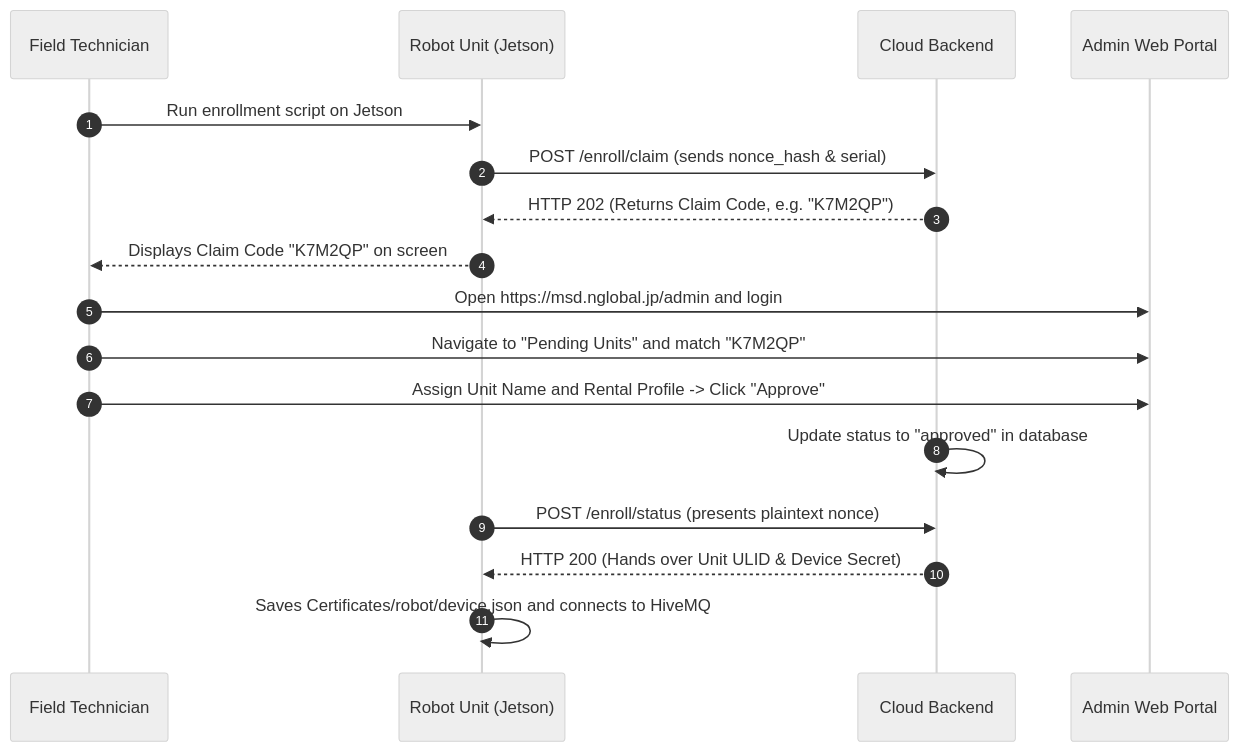
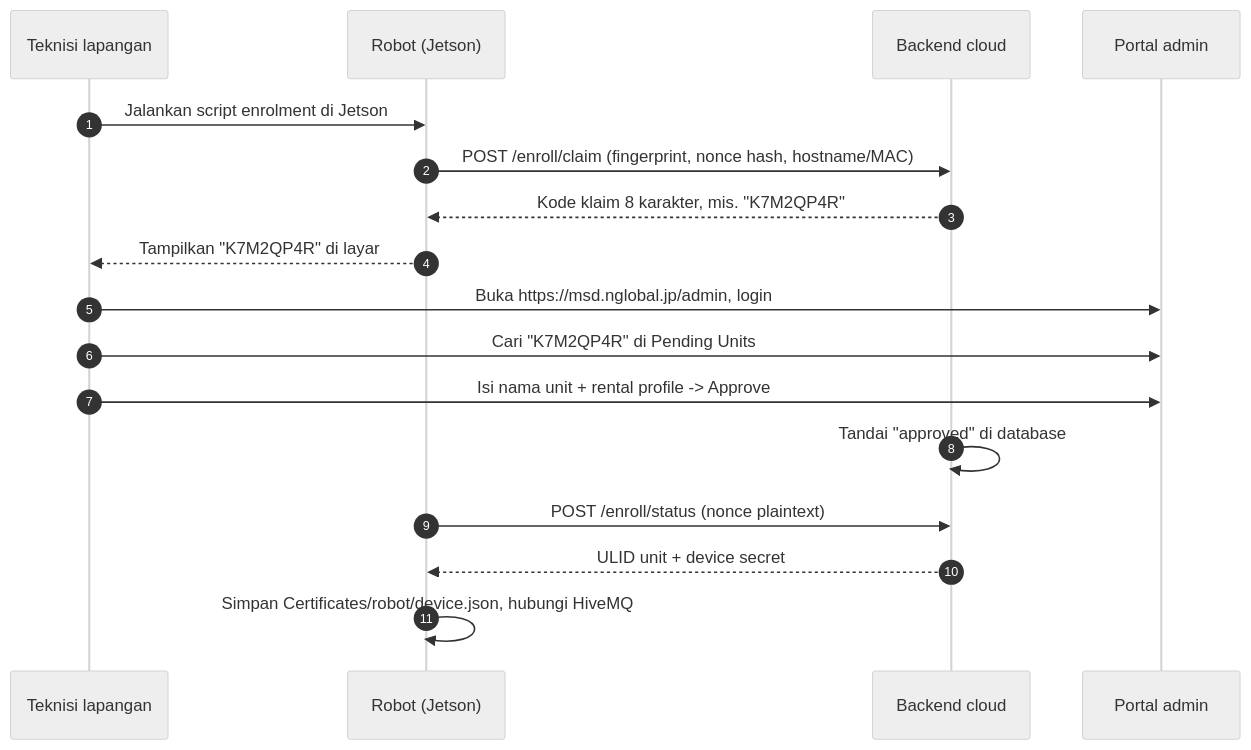
Before and after one commit to itbdelaboprogramming/msd700_documentation: the second of 2 diagrams in docs/id/setup/server-setup.md, drawn with Mermaid (neutral theme). The commit also changed other lines of this file and 110 other files, not shown here.

````diff
--- a/docs/id/setup/server-setup.md
+++ b/docs/id/setup/server-setup.md
@@ -275,22 +300,22 @@
 ```mermaid
 sequenceDiagram
   autonumber
-  participant Tech as Field Technician
-  participant Unit as Robot Unit (Jetson)
-  participant Server as Cloud Backend
-  participant Admin as Admin Web Portal
+  participant Tech as Teknisi lapangan
+  participant Unit as Robot (Jetson)
+  participant Server as Backend cloud
+  participant Admin as Portal admin
 
-  Tech->>Unit: Run enrollment script on Jetson
-  Unit->>Server: POST /enroll/claim (sends nonce_hash & serial)
-  Server-->>Unit: HTTP 202 (Returns Claim Code, e.g. "K7M2QP")
-  Unit-->>Tech: Displays Claim Code "K7M2QP" on screen
+  Tech->>Unit: Jalankan script enrolment di Jetson
+  Unit->>Server: POST /enroll/claim (fingerprint, nonce hash, hostname/MAC)
+  Server-->>Unit: Kode klaim 8 karakter, mis. "K7M2QP4R"
+  Unit-->>Tech: Tampilkan "K7M2QP4R" di layar
 
-  Tech->>Admin: Open https://msd.nglobal.jp/admin and login
-  Tech->>Admin: Navigate to "Pending Units" and match "K7M2QP"
-  Tech->>Admin: Assign Unit Name and Rental Profile -> Click "Approve"
+  Tech->>Admin: Buka https://msd.nglobal.jp/admin, login
+  Tech->>Admin: Cari "K7M2QP4R" di Pending Units
+  Tech->>Admin: Isi nama unit + rental profile -> Approve
 
-  Server->>Server: Update status to "approved" in database
-  Unit->>Server: POST /enroll/status (presents plaintext nonce)
-  Server-->>Unit: HTTP 200 (Hands over Unit ULID & Device Secret)
-  Unit->>Unit: Saves Certificates/robot/device.json and connects to HiveMQ
+  Server->>Server: Tandai "approved" di database
+  Unit->>Server: POST /enroll/status (nonce plaintext)
+  Server-->>Unit: ULID unit + device secret
+  Unit->>Unit: Simpan Certificates/robot/device.json, hubungi HiveMQ
 ```
````
